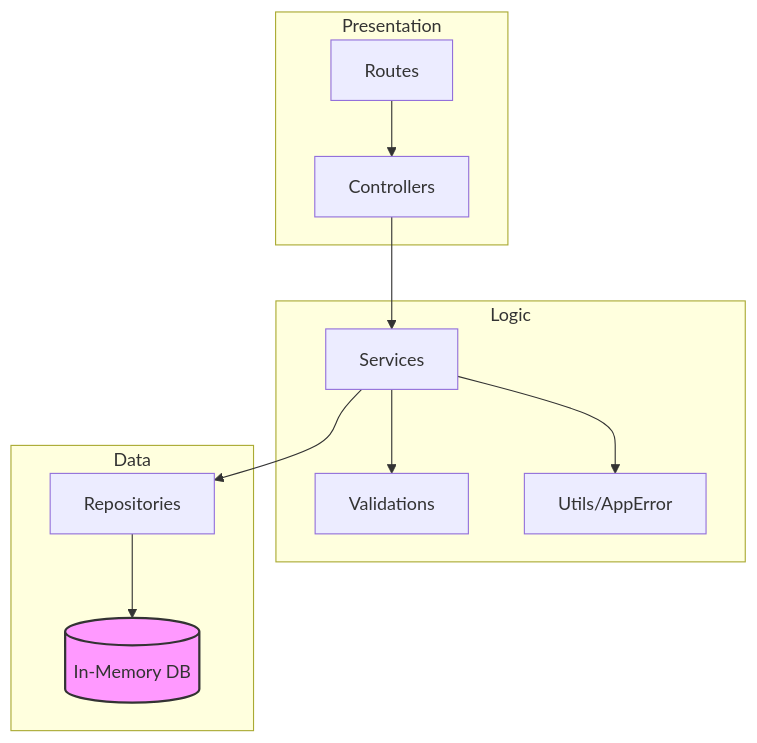
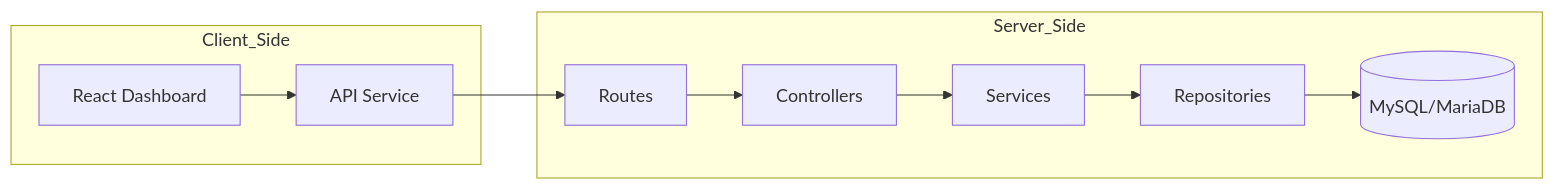
The first of 3 diagrams in README.md (Yopa28/minibank), drawn with Mermaid before and after one commit. The commit also changed other lines of this file, not shown here.

Commit message:
Update README.md with Fullstack architecture and frontend features

````diff
--- a/README.md
+++ b/README.md
@@ -16,19 +27,14 @@
 ```mermaid
-graph TD
-    subgraph Presentation
-        R[Routes] --> C[Controllers]
+graph LR
+    subgraph Client_Side
+        UI[React Dashboard] --> API_S[API Service]
     end
     
-    subgraph Logic
+    subgraph Server_Side
+        API_S --> R[Routes]
+        R --> C[Controllers]
         C --> S[Services]
-        S --> V[Validations]
-        S --> U[Utils/AppError]
+        S --> Rep[Repositories]
+        Rep --> DB[(MySQL/MariaDB)]
     end
-    
-    subgraph Data
-        S --> Rep[Repositories]
-        Rep --> DB[(In-Memory DB)]
-    end
-
-    style DB fill:#f9f,stroke:#333,stroke-width:2px
 ```
````
